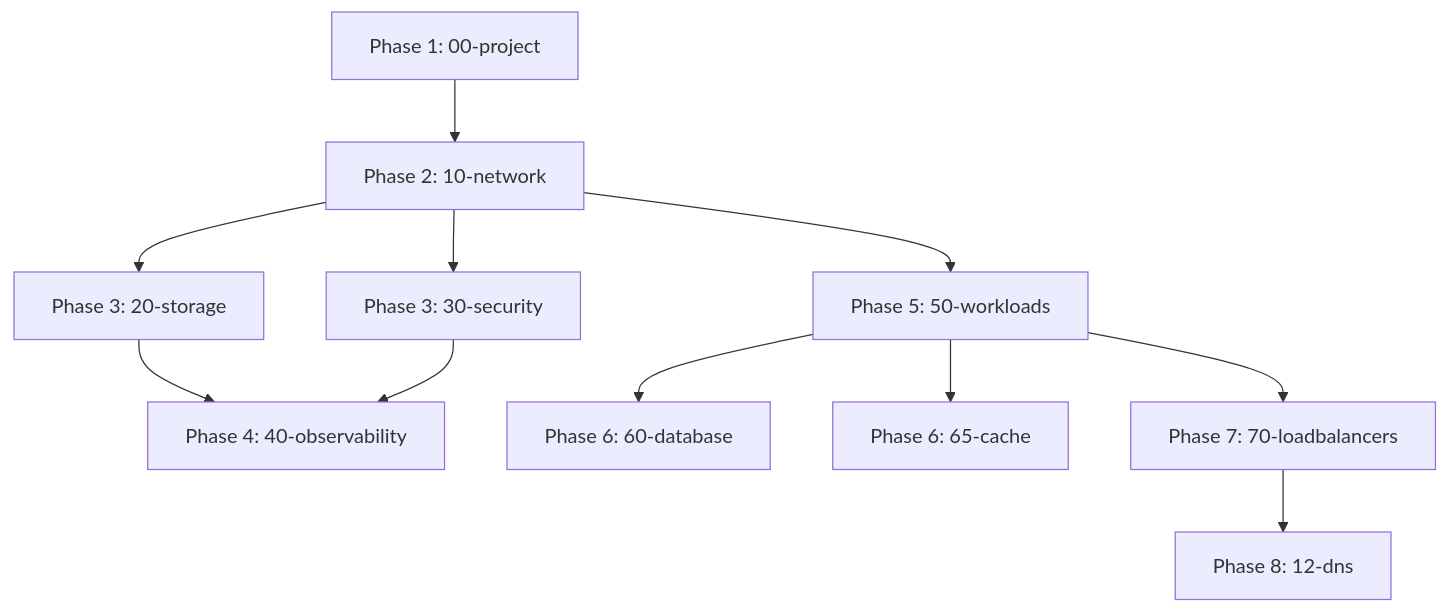
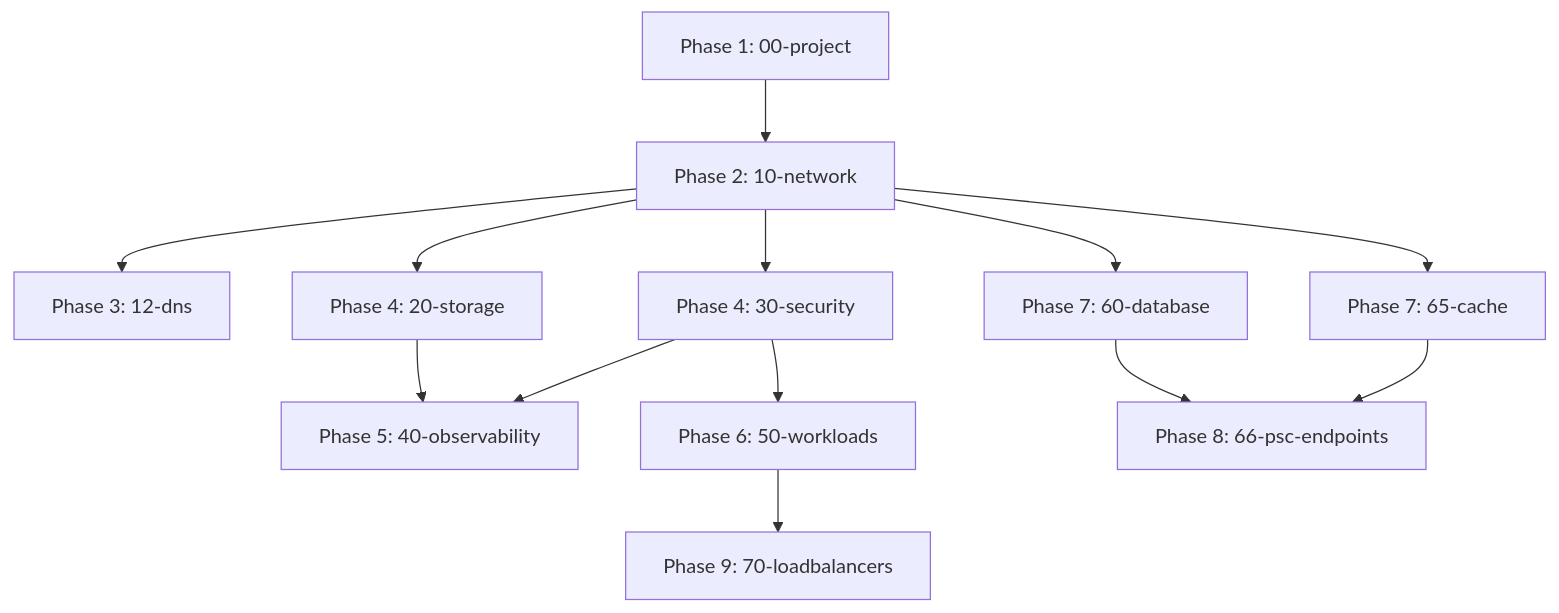
Before and after one commit to JSJ2337/GCP_terraform_code: the diagram in terraform_gcp_infra/docs/guides/terragrunt-usage.md, drawn with Mermaid. The commit also changed other lines of this file and 24 other files, not shown here.

````diff
--- a/terraform_gcp_infra/docs/guides/terragrunt-usage.md
+++ b/terraform_gcp_infra/docs/guides/terragrunt-usage.md
@@ -270,14 +273,16 @@
 ```mermaid
 %%{init: {'theme': 'default'}}%%
 graph TD
     P1[Phase 1: 00-project] --> P2[Phase 2: 10-network]
-    P2 --> P3A[Phase 3: 20-storage]
-    P2 --> P3B[Phase 3: 30-security]
-    P3A --> P4[Phase 4: 40-observability]
-    P3B --> P4
-    P2 --> P5[Phase 5: 50-workloads]
-    P5 --> P6A[Phase 6: 60-database]
-    P5 --> P6B[Phase 6: 65-cache]
-    P5 --> P7[Phase 7: 70-loadbalancers]
-    P7 --> P8[Phase 8: 12-dns]
+    P2 --> P3[Phase 3: 12-dns]
+    P2 --> P4A[Phase 4: 20-storage]
+    P2 --> P4B[Phase 4: 30-security]
+    P4A --> P5[Phase 5: 40-observability]
+    P4B --> P5
+    P4B --> P6[Phase 6: 50-workloads]
+    P2 --> P7A[Phase 7: 60-database]
+    P2 --> P7B[Phase 7: 65-cache]
+    P7A --> P8[Phase 8: 66-psc-endpoints]
+    P7B --> P8
+    P6 --> P9[Phase 9: 70-loadbalancers]
 ```
````
